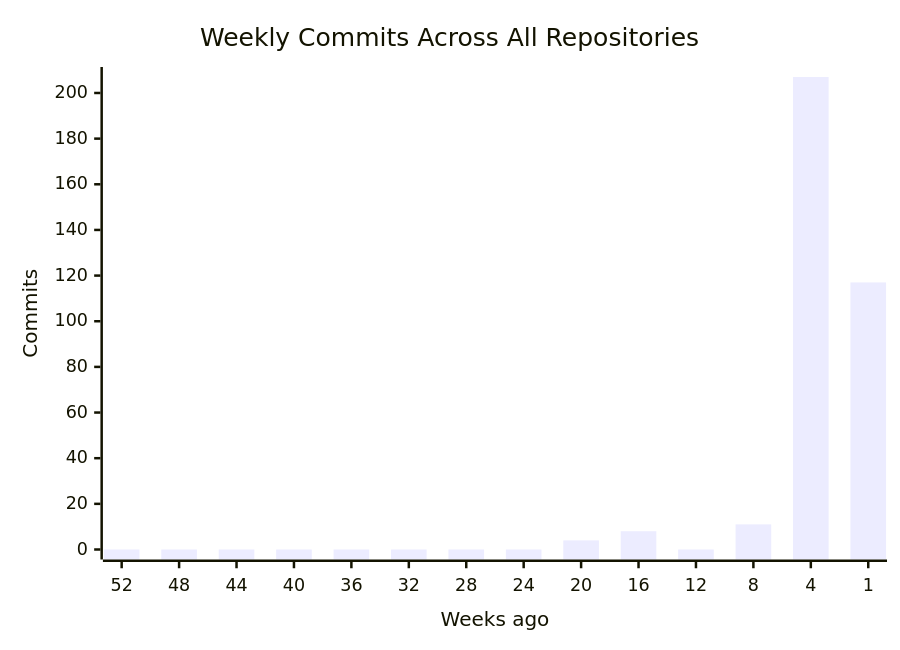
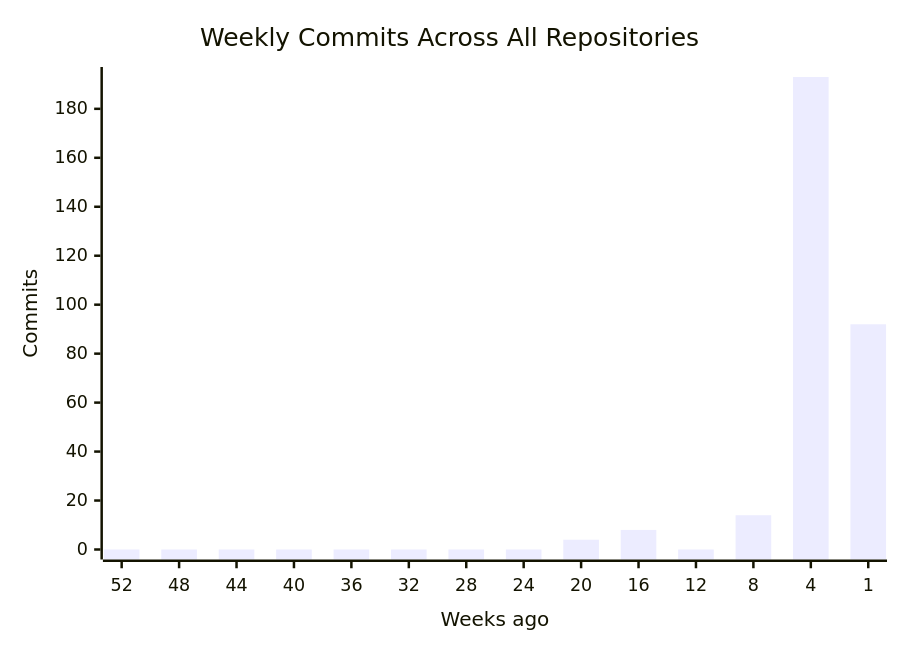
Before and after one commit to CSTH-Projects/.github: the first of 4 diagrams in profile/README.md, drawn with Mermaid. The commit also changed other lines of this file, not shown here.

````diff
--- a/profile/README.md
+++ b/profile/README.md
@@ -16,7 +16,7 @@
 ```mermaid
 xychart-beta
     title "Weekly Commits Across All Repositories"
     x-axis "Weeks ago" [52, 48, 44, 40, 36, 32, 28, 24, 20, 16, 12, 8, 4, 1]
     y-axis "Commits"
-    bar [0, 0, 0, 0, 0, 0, 0, 0, 4, 8, 0, 11, 207, 117]
+    bar [0, 0, 0, 0, 0, 0, 0, 0, 4, 8, 0, 14, 193, 92]
 ```
````
